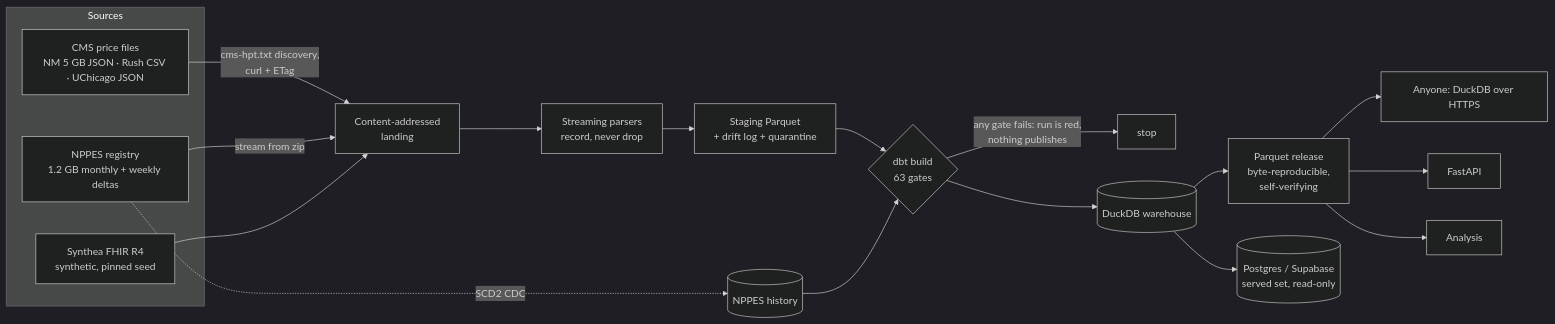
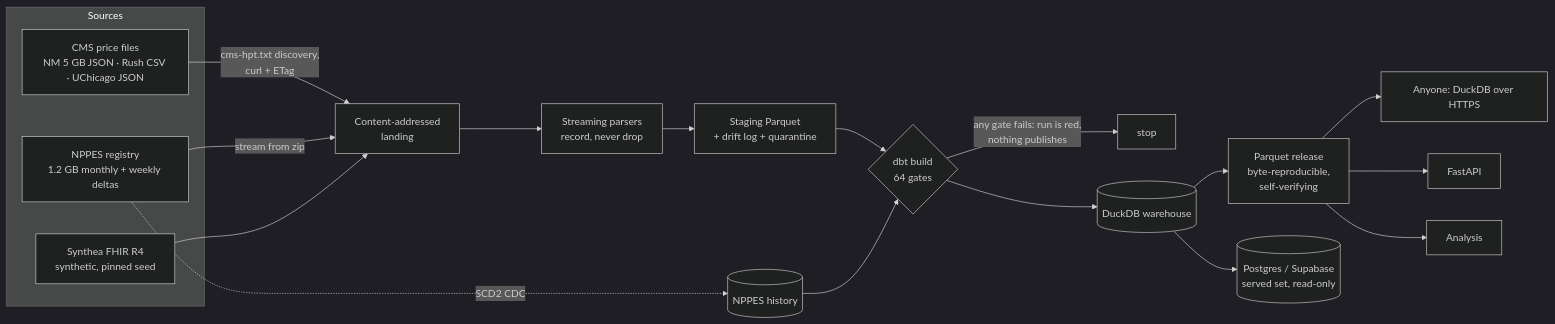
Before and after one commit to tjromack/clear-pricer: the diagram in docs/CASE-STUDY.md, drawn with Mermaid (dark theme). The commit also changed other lines of this file and 9 other files, not shown here.

````diff
--- a/docs/CASE-STUDY.md
+++ b/docs/CASE-STUDY.md
@@ -23,23 +23,23 @@
 ```mermaid
 flowchart LR
   subgraph Sources
     A[CMS price files<br/>NM 5 GB JSON · Rush CSV · UChicago JSON]
     B[NPPES registry<br/>1.2 GB monthly + weekly deltas]
     C[Synthea FHIR R4<br/>synthetic, pinned seed]
   end
   A -->|cms-hpt.txt discovery,<br/>curl + ETag| L[Content-addressed<br/>landing]
   B -->|stream from zip| L
   C --> L
   L --> P[Streaming parsers<br/>record, never drop]
   P --> S[Staging Parquet<br/>+ drift log + quarantine]
   B -.->|SCD2 CDC| H[(NPPES history)]
-  S --> G{dbt build<br/>63 gates}
+  S --> G{dbt build<br/>64 gates}
   H --> G
   G -->|any gate fails: run is red,<br/>nothing publishes| X[stop]
   G --> W[(DuckDB warehouse)]
   W --> R[Parquet release<br/>byte-reproducible,<br/>self-verifying]
   W --> PG[(Postgres / Supabase<br/>served set, read-only)]
   R --> Q[Anyone: DuckDB over HTTPS]
   R --> API[FastAPI]
   R --> AN[Analysis]
 ```
````
